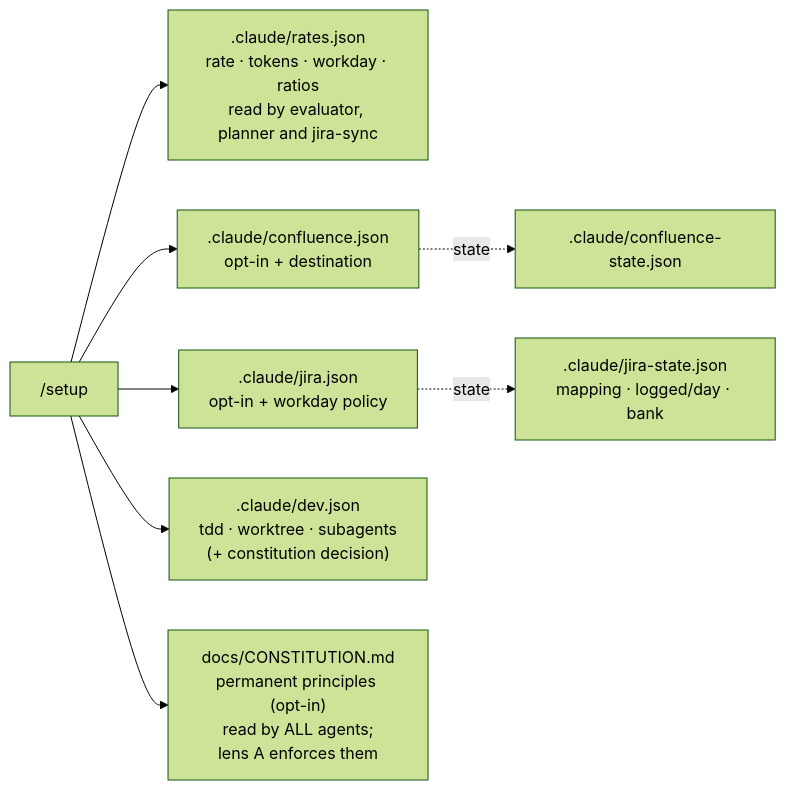
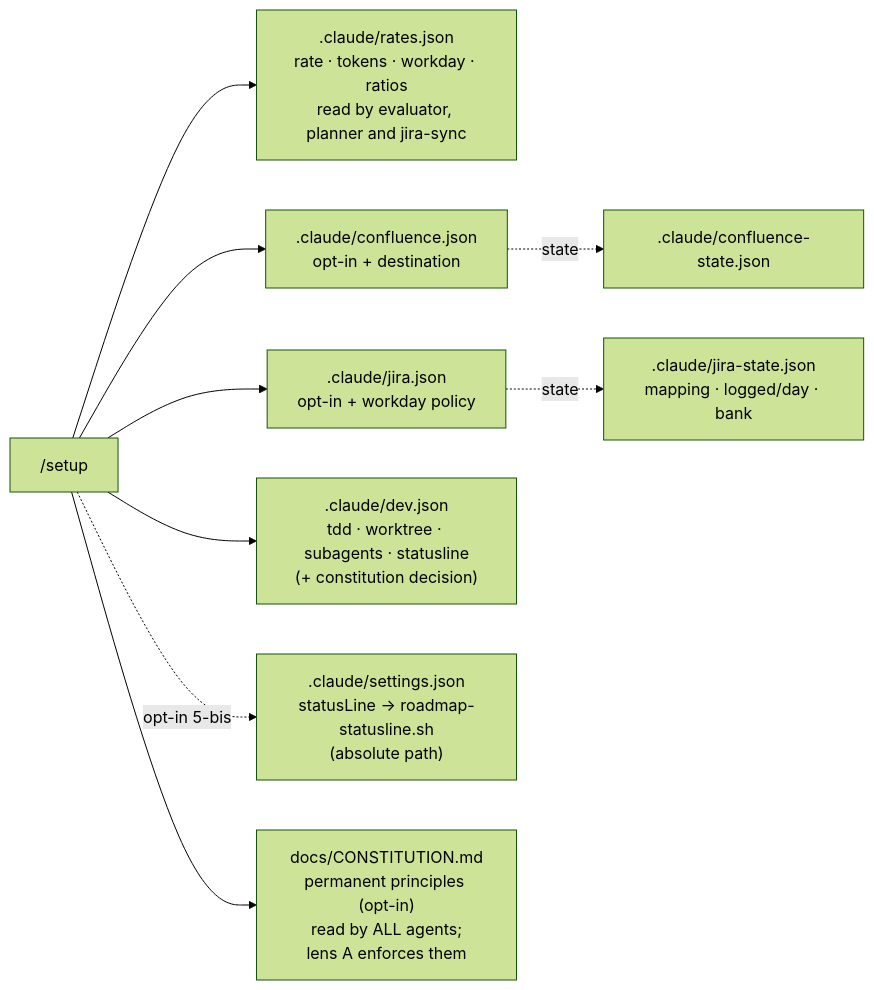
One commit to daycry/custom-agents changed diagram 11 of 11 in docs/en/FLOWS.md. Above: the diagram before and after it, drawn with Mermaid (forest theme). The commit also changed other lines of this file and 99 other files, not shown here.

````diff
--- a/docs/en/FLOWS.md
+++ b/docs/en/FLOWS.md
@@ -217,10 +260,11 @@
 ```mermaid
 flowchart LR
     A["/setup"] --> B[".claude/rates.json<br/>rate · tokens · workday · ratios<br/>read by evaluator, planner and jira-sync"]
     A --> C[".claude/confluence.json<br/>opt-in + destination"]
     A --> D[".claude/jira.json<br/>opt-in + workday policy"]
-    A --> G[".claude/dev.json<br/>tdd · worktree · subagents<br/>(+ constitution decision)"]
+    A --> G[".claude/dev.json<br/>tdd · worktree · subagents · statusline<br/>(+ constitution decision)"]
+    A -.->|"opt-in 5-bis"| SL[".claude/settings.json<br/>statusLine → roadmap-statusline.sh<br/>(absolute path)"]
     A --> H["docs/CONSTITUTION.md<br/>permanent principles (opt-in)<br/>read by ALL agents;<br/>lens A enforces them"]
     C -.->|state| E[".claude/confluence-state.json"]
     D -.->|state| F[".claude/jira-state.json<br/>mapping · logged/day · bank"]
 ```
````
